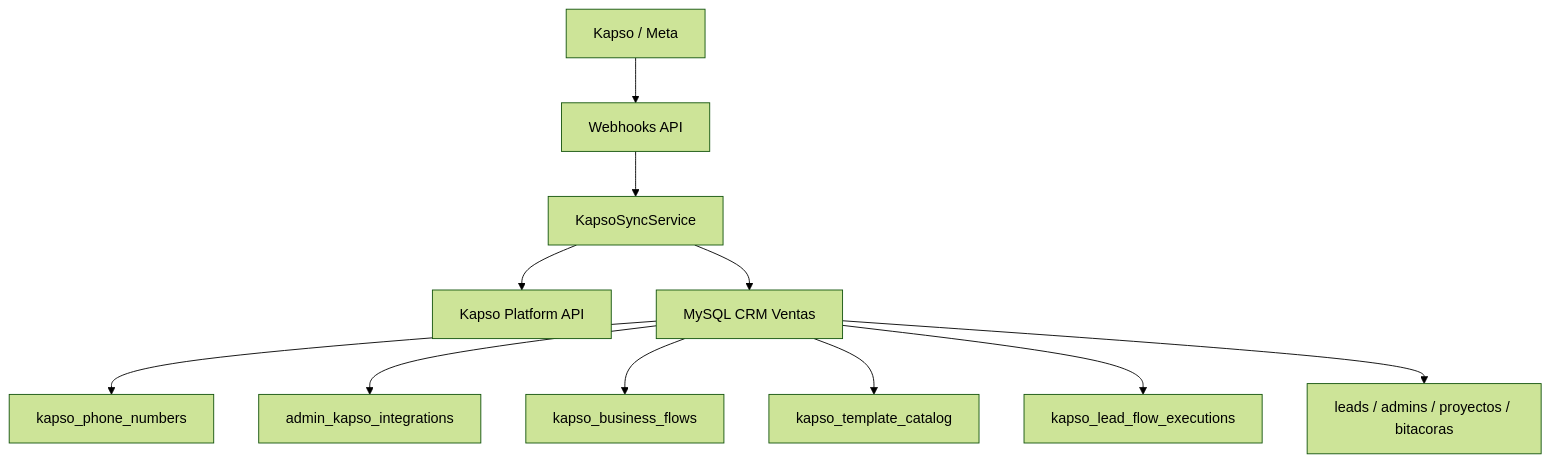
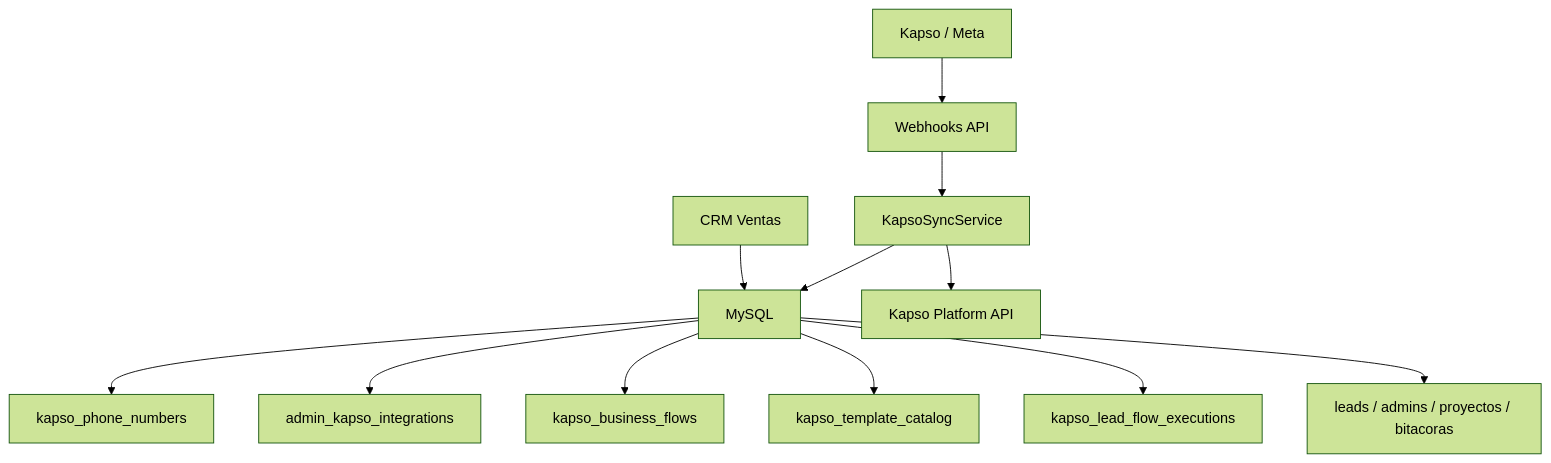
One commit to roccacr/CRM_VENTAS changed the first of 8 diagrams in README.md. Above: the diagram before and after it, drawn with Mermaid (forest theme). The commit also changed other lines of this file and 8 other files, not shown here.

Commit message:
Update Kapso flow docs and no-response handling

````diff
--- a/README.md
+++ b/README.md
@@ -73,13 +126,14 @@
 ```mermaid
 flowchart TD
-  A["Kapso / Meta"] --> B["Webhooks API"]
-  B --> C["KapsoSyncService"]
-  C --> D["Kapso Platform API"]
-  C --> E["MySQL CRM Ventas"]
-  E --> F["kapso_phone_numbers"]
-  E --> G["admin_kapso_integrations"]
-  E --> H["kapso_business_flows"]
-  E --> I["kapso_template_catalog"]
-  E --> J["kapso_lead_flow_executions"]
-  E --> K["leads / admins / proyectos / bitacoras"]
+  K["Kapso / Meta"] --> W["Webhooks API"]
+  CRM["CRM Ventas"] --> DB["MySQL"]
+  W --> S["KapsoSyncService"]
+  S --> KP["Kapso Platform API"]
+  S --> DB
+  DB --> PN["kapso_phone_numbers"]
+  DB --> AK["admin_kapso_integrations"]
+  DB --> BF["kapso_business_flows"]
+  DB --> TP["kapso_template_catalog"]
+  DB --> EX["kapso_lead_flow_executions"]
+  DB --> CORE["leads / admins / proyectos / bitacoras"]
 ```
````
